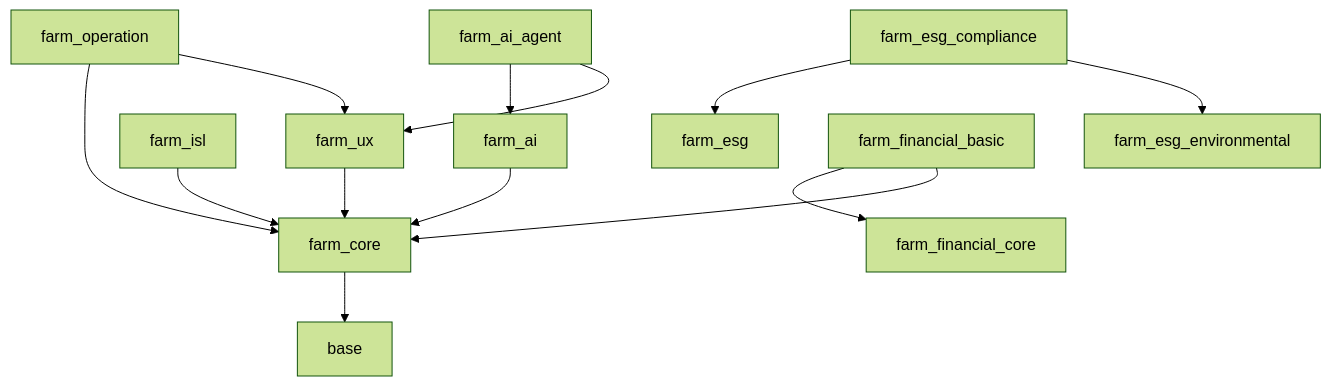
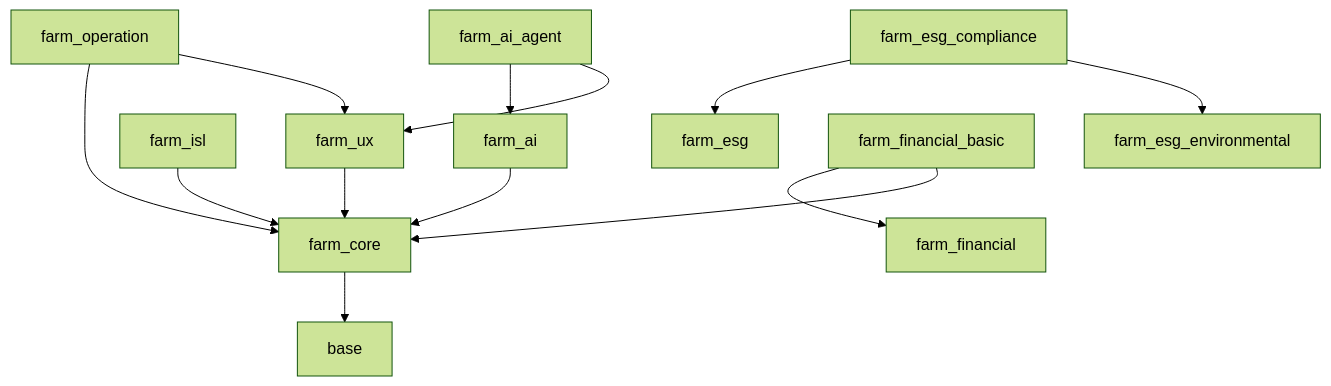
One commit to jeffery9/odoo-farm changed the diagram in docs/technical/architecture/MIXIN_ARCHITECTURE_SUMMARY.md. Above: the diagram before and after it, drawn with Mermaid (forest theme). The commit also changed other lines of this file and 48 other files, not shown here.

Commit message:
refactor: rename 'farm_financial_core' module to 'farm_financial' globally

````diff
--- a/docs/technical/architecture/MIXIN_ARCHITECTURE_SUMMARY.md
+++ b/docs/technical/architecture/MIXIN_ARCHITECTURE_SUMMARY.md
@@ -60,15 +60,15 @@
 ```mermaid
 graph TD
     farm_core[farm_core] --> base
     farm_ux[farm_ux] --> farm_core
     farm_isl[farm_isl] --> farm_core
     farm_operation[farm_operation] --> farm_core
     farm_operation --> farm_ux
     farm_ai[farm_ai] --> farm_core
     farm_ai_agent[farm_ai_agent] --> farm_ai
     farm_ai_agent --> farm_ux
     farm_esg_compliance[farm_esg_compliance] --> farm_esg
     farm_esg_compliance --> farm_esg_environmental
-    farm_financial_basic[farm_financial_basic] --> farm_financial_core
+    farm_financial_basic[farm_financial_basic] --> farm_financial
     farm_financial_basic --> farm_core
 ```
````
